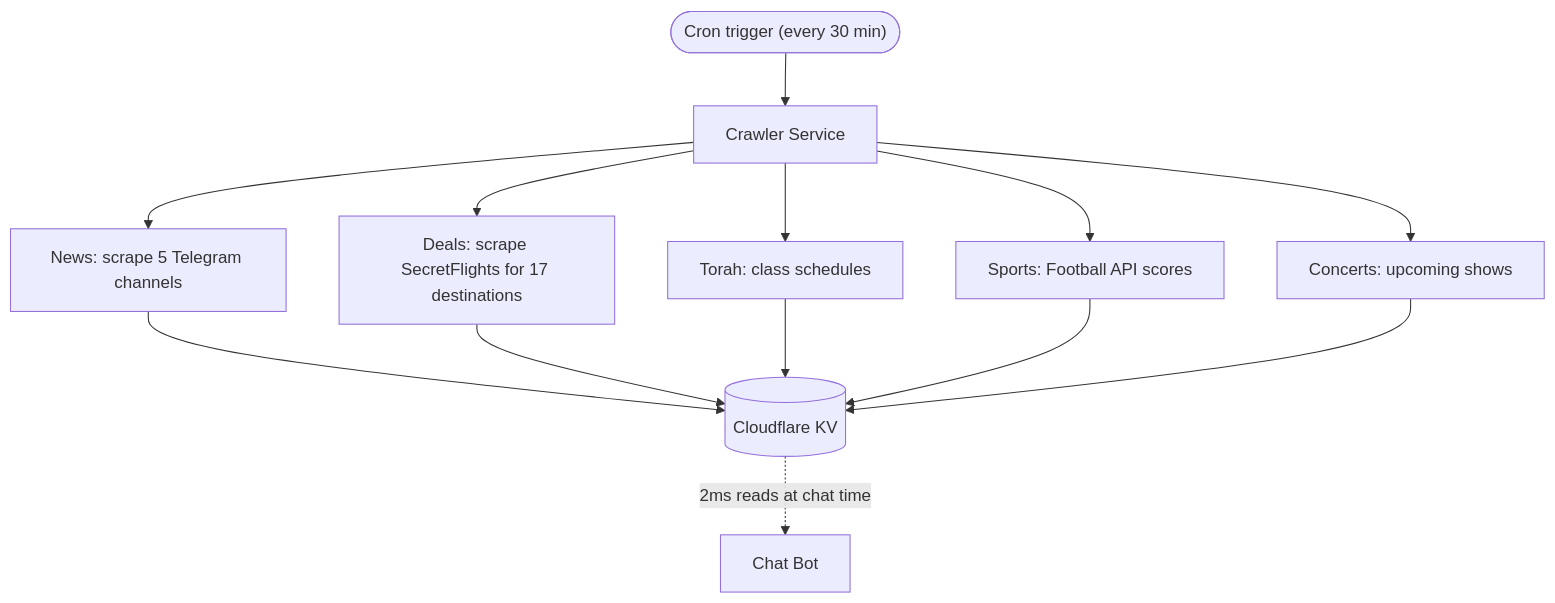
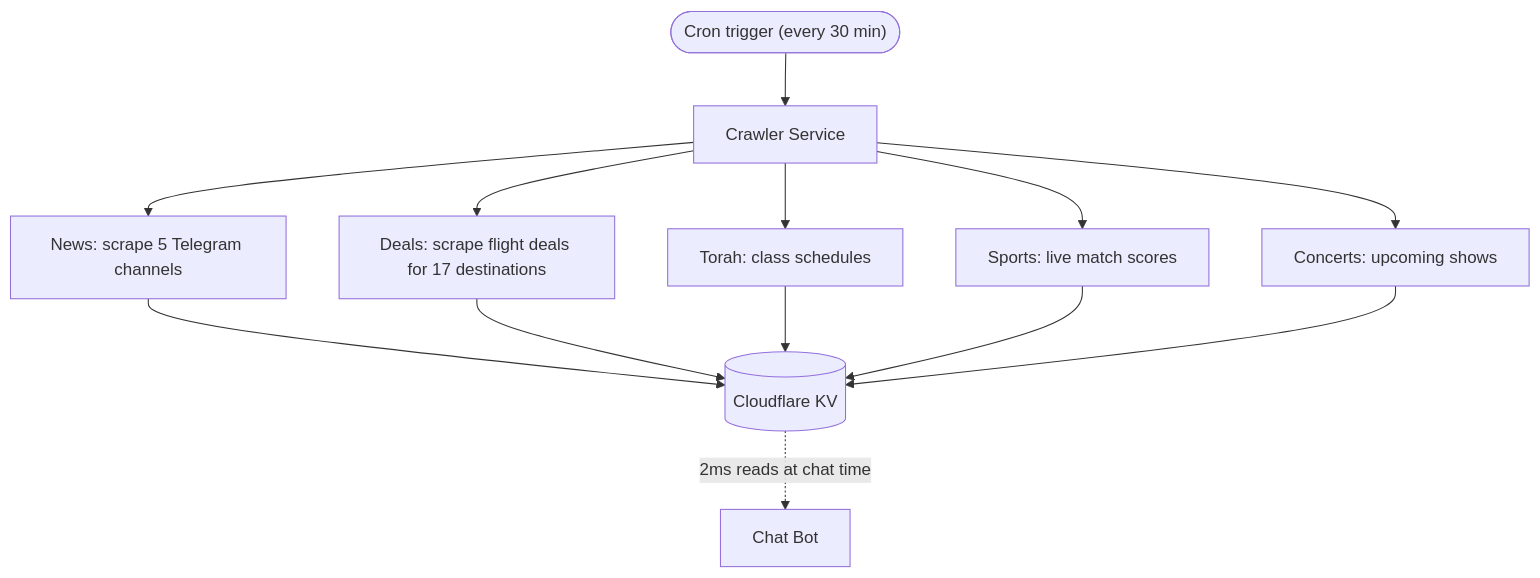
Before and after one commit to ohadleshno/ohad-leshno-blog: the first of 2 diagrams in content/tech-blog/en/nehorai-ai.md, drawn with Mermaid. The commit also changed other lines of this file and 1 other file, not shown here.

Commit message:
content(nehorai): remove explicit SecretFlights scraping source references

````diff
--- a/content/tech-blog/en/nehorai-ai.md
+++ b/content/tech-blog/en/nehorai-ai.md
@@ -50,18 +50,18 @@
 ```mermaid
 flowchart TD
     CRON(["Cron trigger (every 30 min)"]) --> CRAWL["Crawler Service"]
 
     CRAWL --> NEWS["News: scrape 5 Telegram channels"]
-    CRAWL --> DEALS["Deals: scrape SecretFlights for 17 destinations"]
+    CRAWL --> DEALS["Deals: scrape flight deals for 17 destinations"]
     CRAWL --> TORAH["Torah: class schedules"]
-    CRAWL --> SPORTS["Sports: Football API scores"]
+    CRAWL --> SPORTS["Sports: live match scores"]
     CRAWL --> CONCERTS["Concerts: upcoming shows"]
 
     NEWS --> KV[("Cloudflare KV")]
     DEALS --> KV
     TORAH --> KV
     SPORTS --> KV
     CONCERTS --> KV
 
     KV -.->|"2ms reads at chat time"| BOT["Chat Bot"]
 ```
````
